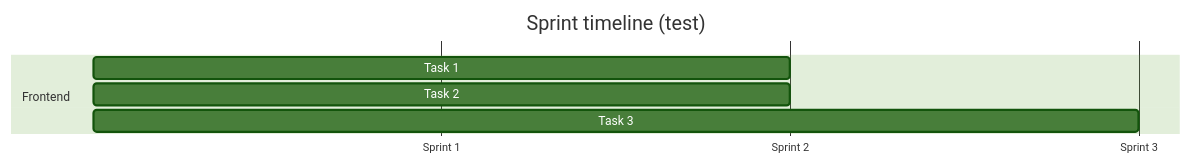
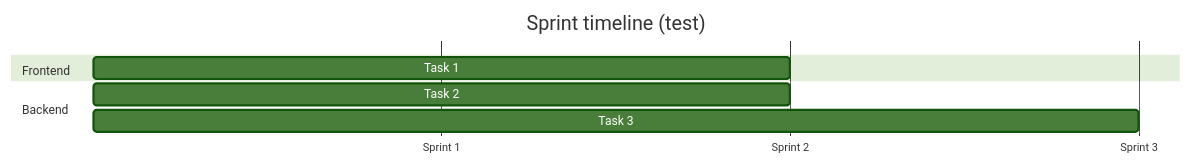
Before and after one commit to RandomSearch18/a-level-project: the eighth of 8 diagrams in docs/readme.md, drawn with Mermaid (forest theme). The commit also changed other lines of this file, not shown here.

Commit message:
adjust fdiagra,s]

````diff
--- a/docs/readme.md
+++ b/docs/readme.md
@@ -1371,13 +1370,14 @@
 ```mermaid
 %% TODO what do we do with this
 gantt
   title Sprint timeline (test)
   dateFormat X
   axisFormat Sprint %s
   tickInterval 1second
   section Frontend
     %% Final milestone : milestone, m2, 2024-11-30, 4m
     Task 1: 1, 2
+  section Backend
     Task 2: 1, 2
     Task 3: 2, 3
 ```
````
